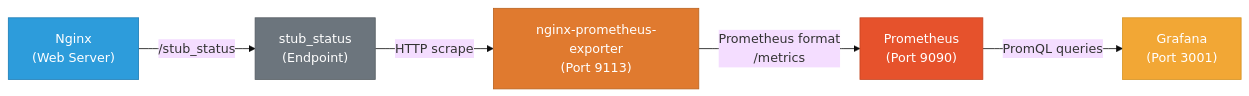
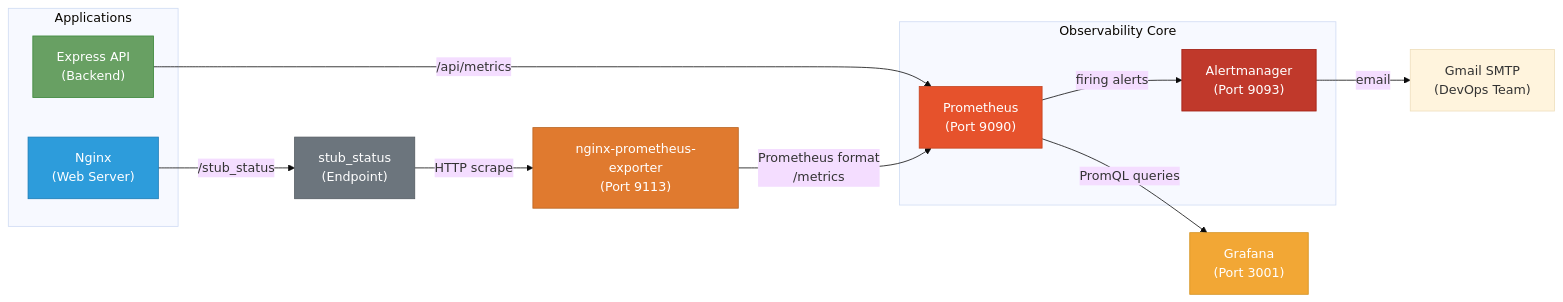
The diagram in docs/devops/monitoring.md (Kalpanapramodya97/consistium), drawn with Mermaid (base theme) before and after one commit. The commit also changed other lines of this file and 5 other files, not shown here.

````diff
--- a/docs/devops/monitoring.md
+++ b/docs/devops/monitoring.md
@@ -11,13 +11,30 @@
 ```mermaid
 flowchart LR
-    A["Nginx\n(Web Server)"] -->|"/stub_status"| B["stub_status\n(Endpoint)"]
+    subgraph Apps ["Applications"]
+        A["Nginx\n(Web Server)"]
+        A_Backend["Express API\n(Backend)"]
+    end
+    
+    A -->|"/stub_status"| B["stub_status\n(Endpoint)"]
+    A_Backend -->|"/api/metrics"| D["Prometheus\n(Port 9090)"]
+    
     B -->|"HTTP scrape"| C["nginx-prometheus-exporter\n(Port 9113)"]
-    C -->|"Prometheus format\n/metrics"| D["Prometheus\n(Port 9090)"]
+    C -->|"Prometheus format\n/metrics"| D
+    
+    subgraph Observability ["Observability Core"]
+        D
+        D_Alert["Alertmanager\n(Port 9093)"]
+    end
+    
+    D -->|"firing alerts"| D_Alert
+    D_Alert -->|"email"| Email["Gmail SMTP\n(DevOps Team)"]
     D -->|"PromQL queries"| E["Grafana\n(Port 3001)"]
 
     style A fill:#2d9cdb,stroke:#1a7bb5,color:#fff
+    style A_Backend fill:#68a063,stroke:#3c873a,color:#fff
     style B fill:#6c757d,stroke:#545b62,color:#fff
     style C fill:#e07a2f,stroke:#b8621f,color:#fff
     style D fill:#e6522c,stroke:#c4431f,color:#fff
+    style D_Alert fill:#c0392b,stroke:#a11c10,color:#fff
     style E fill:#f2a735,stroke:#d4911e,color:#fff
 ```
````
